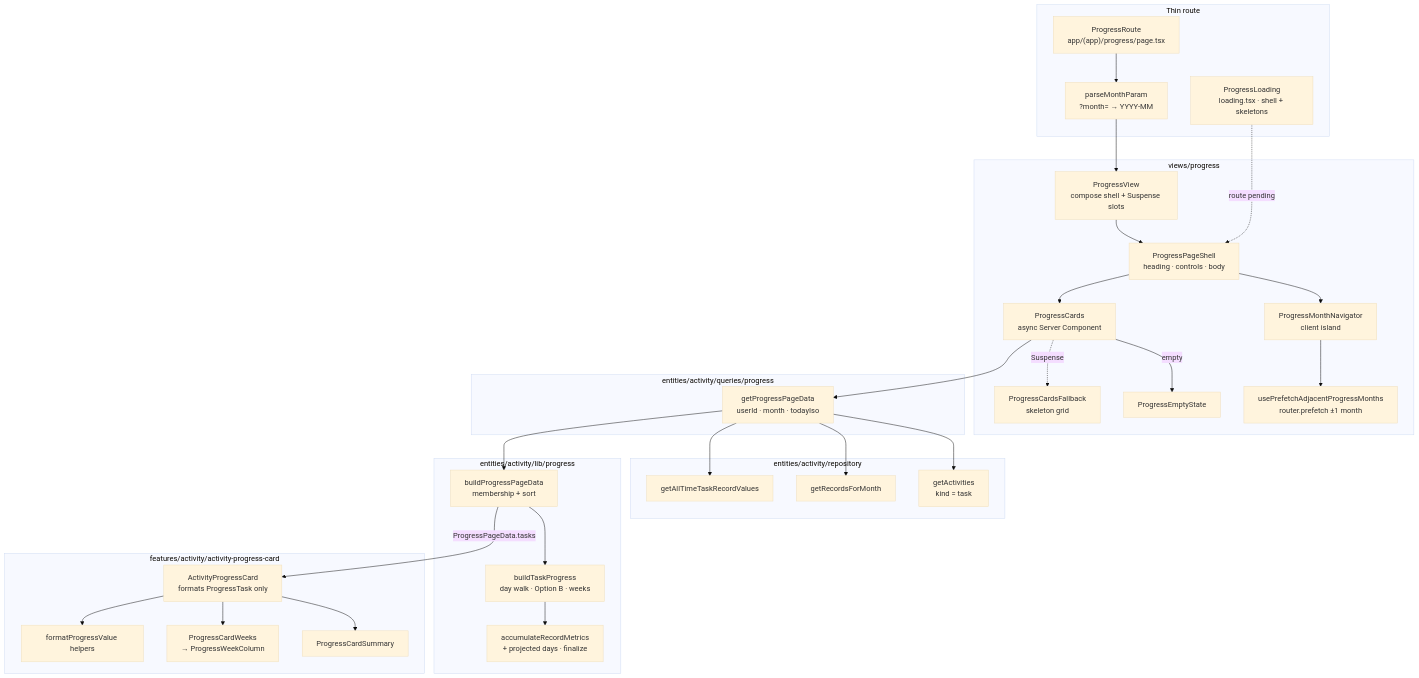
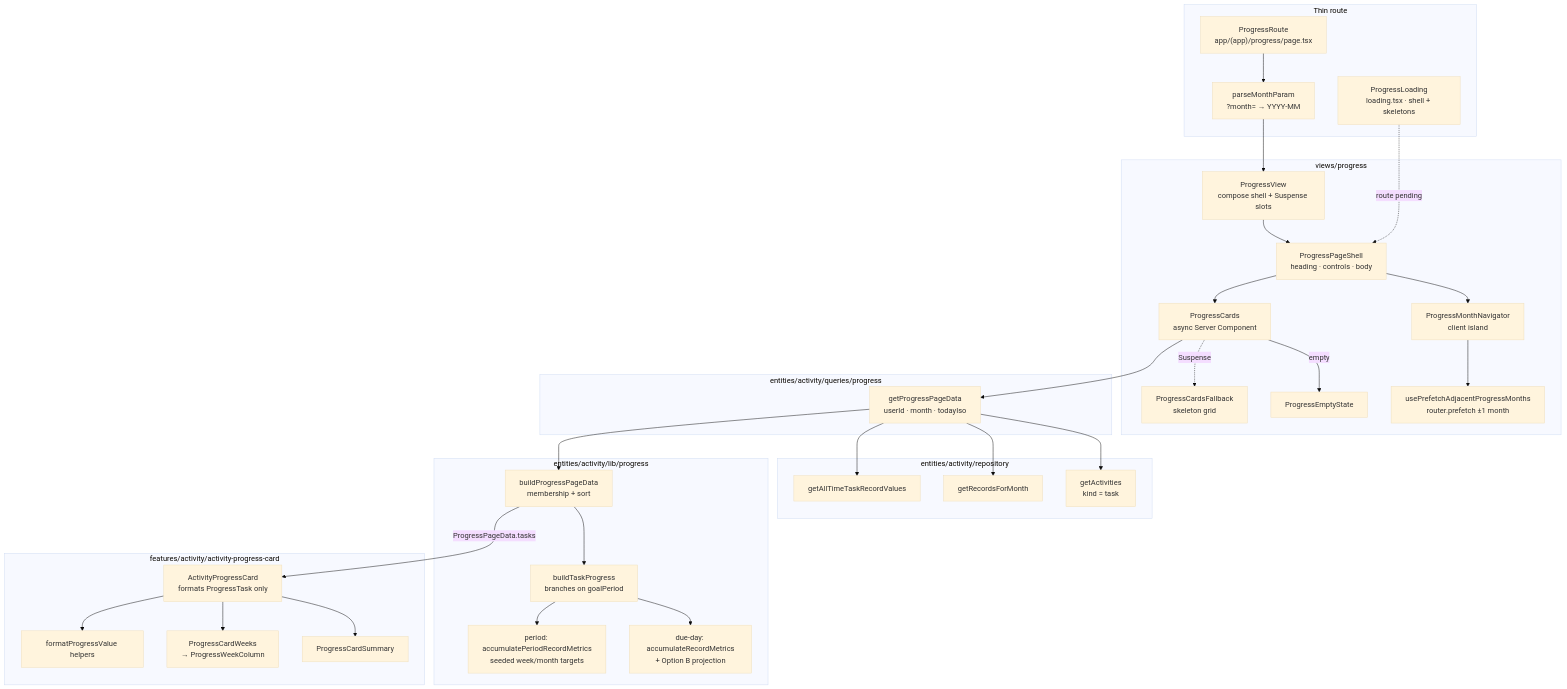
One commit to SheriffKoder/MindFree-notes-tasks-tracker changed the diagram in views/progress/docs/data-flow.md. Above: the diagram before and after it, drawn with Mermaid (base theme). The commit also changed other lines of this file and 6 other files, not shown here.

First line of the commit message:
docs(activity): document period-goal Progress axis and task priority

````diff
--- a/views/progress/docs/data-flow.md
+++ b/views/progress/docs/data-flow.md
@@ -34,62 +34,64 @@
 ```mermaid
 flowchart TD
   subgraph ROUTE["Thin route"]
     Page["ProgressRoute<br/>app/(app)/progress/page.tsx"]
     Parse["parseMonthParam<br/>?month= → YYYY-MM"]
     Loading["ProgressLoading<br/>loading.tsx · shell + skeletons"]
   end
 
   subgraph VIEW["views/progress"]
     View["ProgressView<br/>compose shell + Suspense slots"]
     Shell["ProgressPageShell<br/>heading · controls · body"]
     Nav["ProgressMonthNavigator<br/>client island"]
     Prefetch["usePrefetchAdjacentProgressMonths<br/>router.prefetch ±1 month"]
     Cards["ProgressCards<br/>async Server Component"]
     Empty["ProgressEmptyState"]
     Fallback["ProgressCardsFallback<br/>skeleton grid"]
   end
 
   subgraph QUERY["entities/activity/queries/progress"]
     GetPage["getProgressPageData<br/>userId · month · todayIso"]
   end
 
   subgraph REPO["entities/activity/repository"]
     GetTasks["getActivities<br/>kind = task"]
     GetMonth["getRecordsForMonth"]
     GetAllTime["getAllTimeTaskRecordValues"]
   end
 
   subgraph CALC["entities/activity/lib/progress"]
     BuildPage["buildProgressPageData<br/>membership + sort"]
-    BuildTask["buildTaskProgress<br/>day walk · Option B · weeks"]
-    Accumulate["accumulateRecordMetrics<br/>+ projected days · finalize"]
+    BuildTask["buildTaskProgress<br/>branches on goalPeriod"]
+    AccumulateDue["due-day: accumulateRecordMetrics<br/>+ Option B projection"]
+    AccumulatePeriod["period: accumulatePeriodRecordMetrics<br/>seeded week/month targets"]
   end
 
   subgraph CARD["features/activity/activity-progress-card"]
     ProgressCard["ActivityProgressCard<br/>formats ProgressTask only"]
     Summary["ProgressCardSummary"]
     Weeks["ProgressCardWeeks<br/>→ ProgressWeekColumn"]
     Format["formatProgressValue helpers"]
   end
 
   Page --> Parse
   Parse --> View
   Loading -. route pending .-> Shell
   View --> Shell
   Shell --> Nav
   Shell --> Cards
   Nav --> Prefetch
   Cards -->|empty| Empty
   Cards -. Suspense .-> Fallback
   Cards --> GetPage
   GetPage --> GetTasks
   GetPage --> GetMonth
   GetPage --> GetAllTime
   GetPage --> BuildPage
   BuildPage --> BuildTask
-  BuildTask --> Accumulate
+  BuildTask --> AccumulateDue
+  BuildTask --> AccumulatePeriod
   BuildPage -->|ProgressPageData.tasks| ProgressCard
   ProgressCard --> Summary
   ProgressCard --> Weeks
   ProgressCard --> Format
 ```
````
